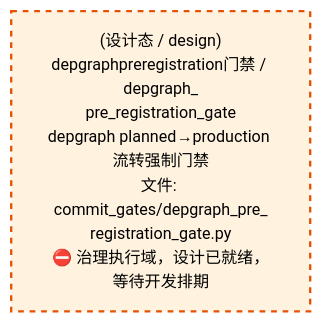
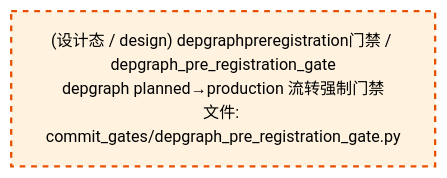
The third of 4 diagrams in docs/02_enterprise_architecture/02_domain_architecture_docs/53_d_gov_enforcement.md (xuanFelixVan/ZephyrAlpha), drawn with Mermaid before and after one commit. The commit also changed other lines of this file and 71 other files, not shown here.

````diff
--- a/docs/02_enterprise_architecture/02_domain_architecture_docs/53_d_gov_enforcement.md
+++ b/docs/02_enterprise_architecture/02_domain_architecture_docs/53_d_gov_enforcement.md
@@ -342,10 +342,10 @@
 ```mermaid
 %%{init: {'theme': 'base', 'themeVariables': {'primaryColor': '#eaeaea', 'primaryTextColor': '#333333', 'primaryBorderColor': '#666666', 'lineColor': '#666666', 'secondaryColor': '#eaeaea', 'tertiaryColor': '#eaeaea', 'fontSize': '14px'}}}%%
 flowchart TD
-    src_zephyr_gov_enforcement_commit_gates_depgraph_pre_registration_gate_py["(设计态 / design)<br/>depgraphpreregistration门禁 / depgraph_<br/>pre_registration_gate<br/>depgraph planned→production 流转强制门禁<br/>文件: commit_gates/depgraph_pre_<br/>registration_gate.py<br/>⛔ 治理执行域，设计已就绪，等待开发排期"]
+    src_zephyr_gov_enforcement_commit_gates_depgraph_pre_registration_gate_py["(设计态 / design) depgraphpreregistration门禁 / depgraph_pre_registration_gate<br/>depgraph planned→production 流转强制门禁<br/>文件: commit_gates/depgraph_pre_registration_gate.py"]
     classDef production fill:#e1f5fe,stroke:#01579b,stroke-width:2px,color:#000
     classDef design fill:#fff3e0,stroke:#e65100,stroke-width:2px,color:#000,stroke-dasharray: 5 5
     classDef external_prod fill:#e8f4fd,stroke:#0277bd,stroke-width:1px,color:#000
     classDef external_design fill:#fff8e7,stroke:#ef6c00,stroke-width:1px,color:#000,stroke-dasharray: 5 5
     class src_zephyr_gov_enforcement_commit_gates_depgraph_pre_registration_gate_py design
 ```
````
